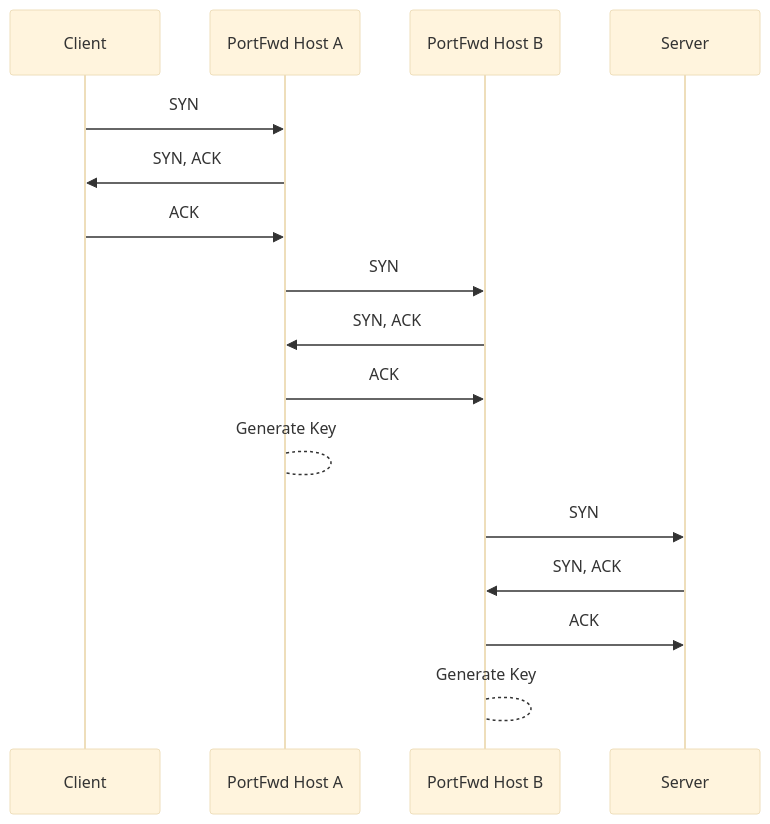
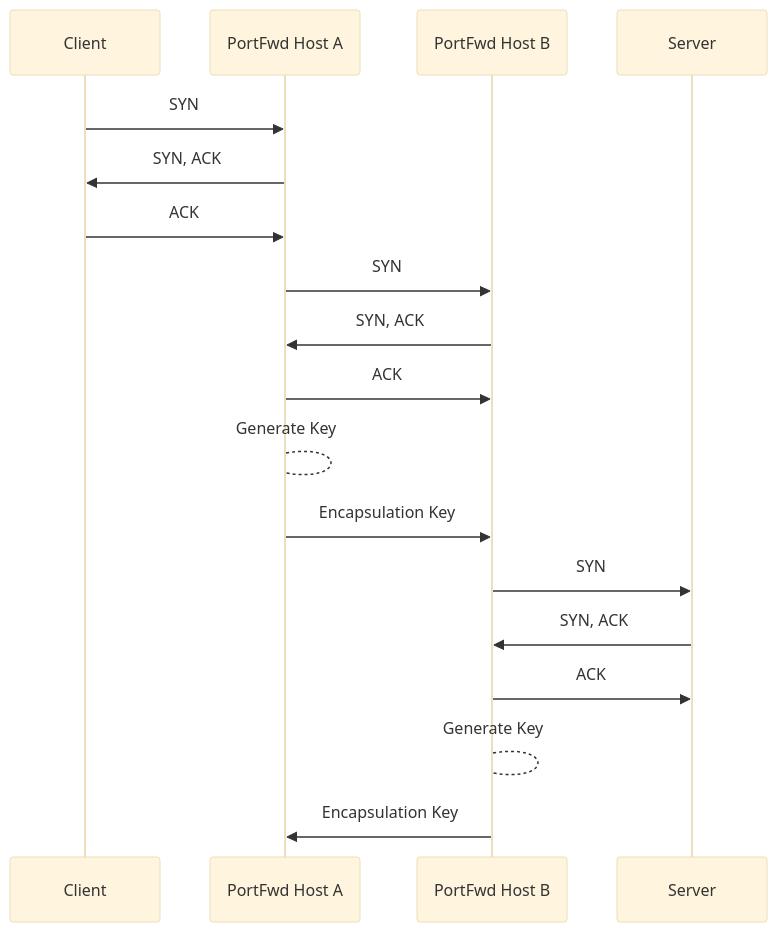
Before and after one commit to cmason3/portfwd: the diagram in README.md, drawn with Mermaid (base theme).

````diff
--- a/README.md
+++ b/README.md
@@ -32,22 +32,24 @@
 ```mermaid
 sequenceDiagram
     participant C as Client
     participant A as PortFwd Host A
     participant B as PortFwd Host B
     participant S as Server
     C->>A: SYN
     A->>C: SYN, ACK
     C->>A: ACK
     A->>B: SYN
     B->>A: SYN, ACK
     A->>B: ACK
 
     A-->A: Generate Key
+    A->>B: Encapsulation Key
 
     B->>S: SYN
     S->>B: SYN, ACK
     B->>S: ACK
 
     B-->B: Generate Key
+    B->>A: Encapsulation Key
 
 ```
````
